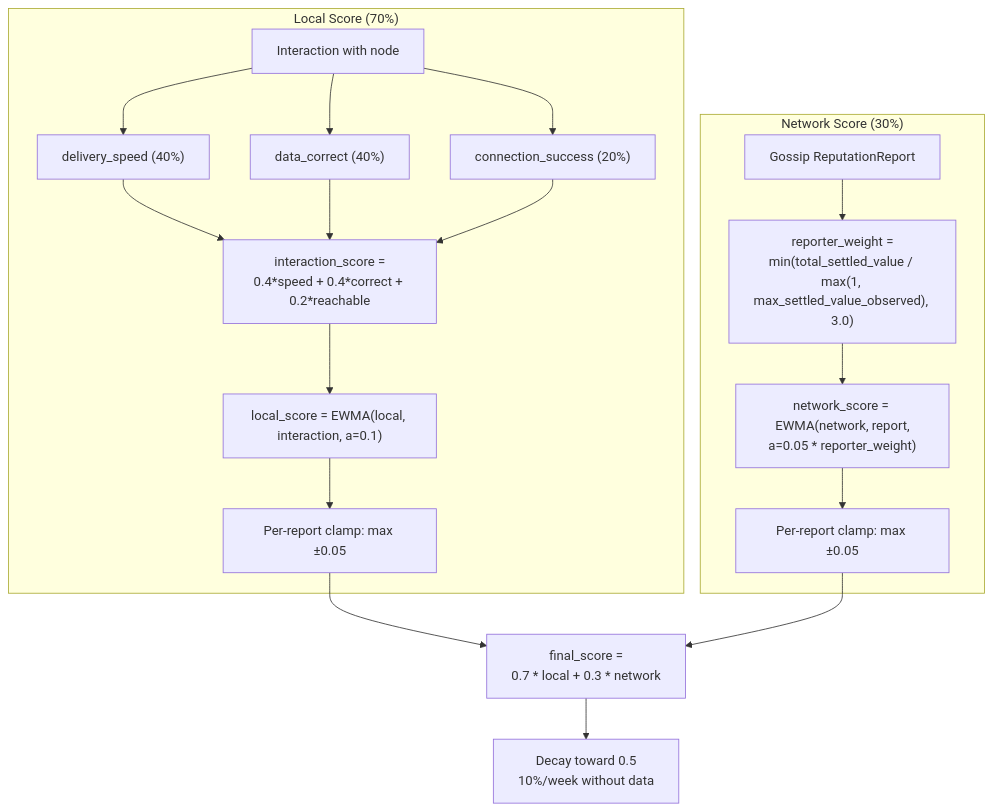
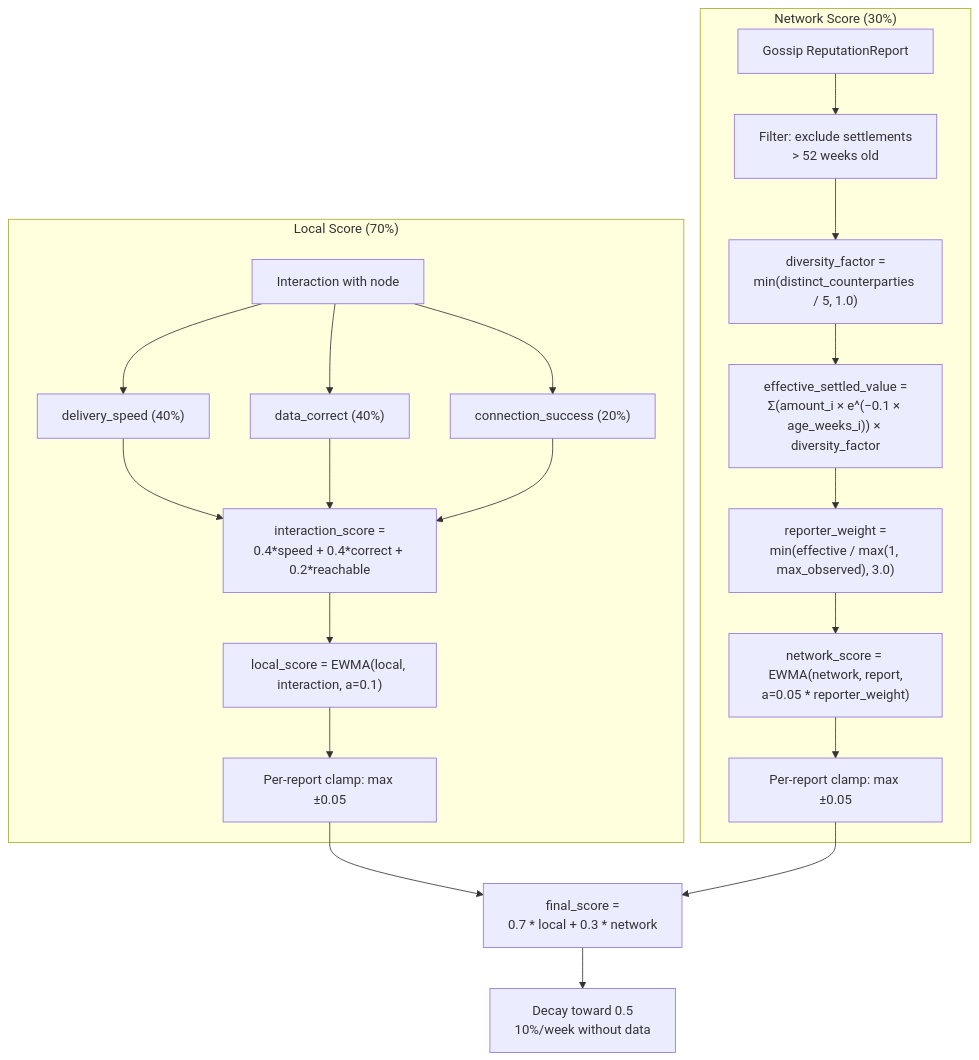
One commit to decdn/decdn changed the first of 2 diagrams in adr/008-reputation.md. Above: the diagram before and after it, drawn with Mermaid. The commit also changed other lines of this file and 1 other file, not shown here.

First line of the commit message:
docs: add anti-wash-trading mitigations to reputation system (#155) (#178)

````diff
--- a/adr/008-reputation.md
+++ b/adr/008-reputation.md
@@ -76,24 +123,27 @@
 ```mermaid
 flowchart TD
     subgraph Local["Local Score (70%)"]
         I[Interaction with node] --> M1["delivery_speed (40%)"]
         I --> M2["data_correct (40%)"]
         I --> M3["connection_success (20%)"]
         M1 --> IS["interaction_score =<br/>0.4*speed + 0.4*correct + 0.2*reachable"]
         M2 --> IS
         M3 --> IS
         IS --> EWMA1["local_score = EWMA(local, interaction, a=0.1)"]
         EWMA1 --> CLAMP1["Per-report clamp: max ±0.05"]
     end
 
     subgraph Network["Network Score (30%)"]
-        GR[Gossip ReputationReport] --> RW["reporter_weight =<br/>min(total_settled_value / max(1, max_settled_value_observed), 3.0)"]
+        GR[Gossip ReputationReport] --> FILT["Filter: exclude settlements<br/>> 52 weeks old"]
+        FILT --> DC["diversity_factor =<br/>min(distinct_counterparties / 5, 1.0)"]
+        DC --> TD["effective_settled_value =<br/>Σ(amount_i × e^(−0.1 × age_weeks_i)) × diversity_factor"]
+        TD --> RW["reporter_weight =<br/>min(effective / max(1, max_observed), 3.0)"]
         RW --> EWMA2["network_score = EWMA(network, report,<br/>a=0.05 * reporter_weight)"]
         EWMA2 --> CLAMP2["Per-report clamp: max ±0.05"]
     end
 
     CLAMP1 --> FINAL["final_score =<br/>0.7 * local + 0.3 * network"]
     CLAMP2 --> FINAL
 
     FINAL --> DECAY["Decay toward 0.5<br/>10%/week without data"]
 ```
````
